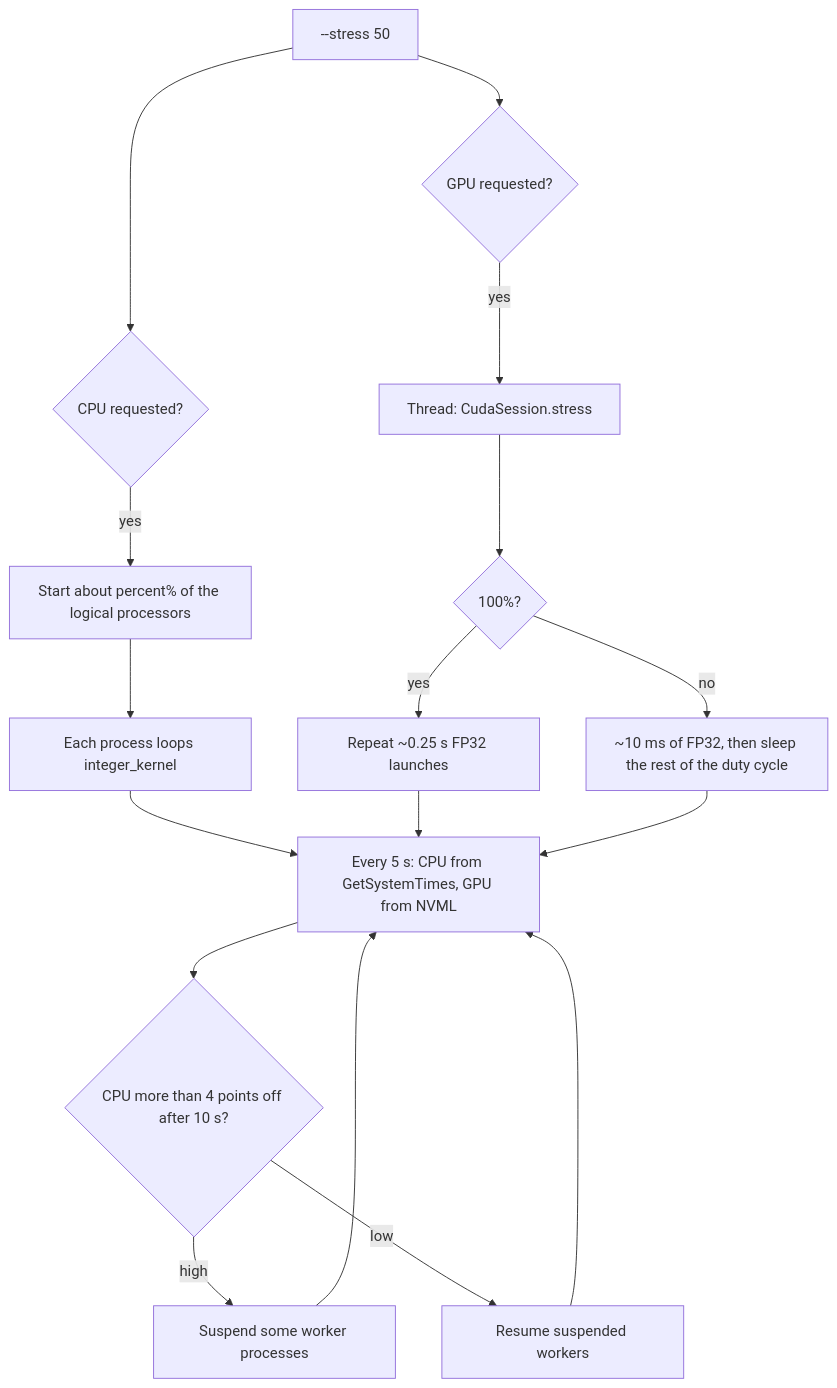
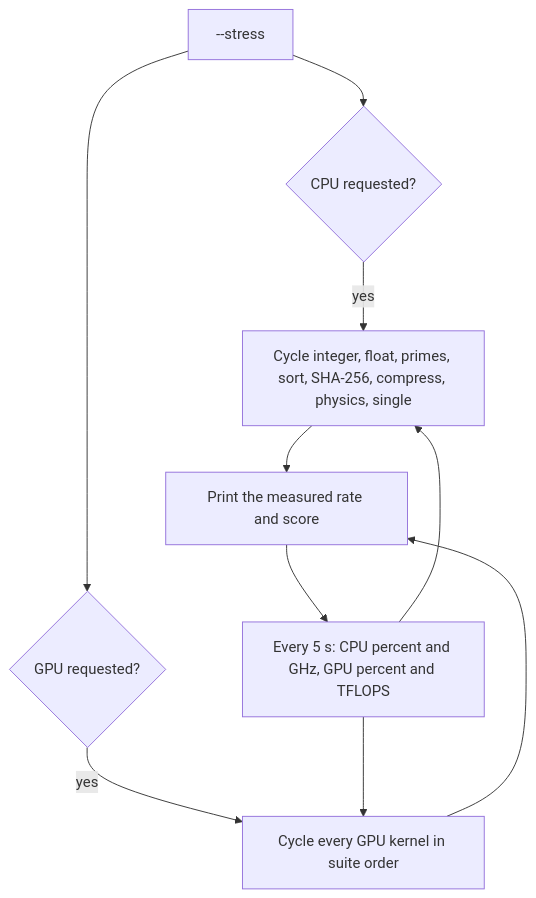
The sixth of 6 diagrams in README.md (MyLabs-LLC/pyformance), drawn with Mermaid before and after one commit. The commit also changed other lines of this file and 3 other files, not shown here.

Commit message:
Show each CPU and GPU test result during stress, plus live compute.

````diff
--- a/README.md
+++ b/README.md
@@ -209,19 +209,12 @@
 ```mermaid
 flowchart TD
-    flag["--stress 50"] --> cpu{"CPU requested?"}
+    flag["--stress"] --> cpu{"CPU requested?"}
     flag --> gpu{"GPU requested?"}
-    cpu -->|yes| cores["Start about percent% of the logical processors"]
-    cores --> burn["Each process loops integer_kernel"]
-    gpu -->|yes| thread["Thread: CudaSession.stress"]
-    thread --> full{"100%?"}
-    full -->|yes| long["Repeat ~0.25 s FP32 launches"]
-    full -->|no| duty["~10 ms of FP32, then sleep the rest of the duty cycle"]
-    burn --> tick["Every 5 s: CPU from GetSystemTimes, GPU from NVML"]
-    long --> tick
-    duty --> tick
-    tick --> trim{"CPU more than 4 points off after 10 s?"}
-    trim -->|high| pause["Suspend some worker processes"]
-    trim -->|low| resume["Resume suspended workers"]
-    pause --> tick
-    resume --> tick
+    cpu -->|yes| cpuLoop["Cycle integer, float, primes, sort, SHA-256, compress, physics, single"]
+    gpu -->|yes| gpuLoop["Cycle every GPU kernel in suite order"]
+    cpuLoop --> printed["Print the measured rate and score"]
+    gpuLoop --> printed
+    printed --> tick["Every 5 s: CPU percent and GHz, GPU percent and TFLOPS"]
+    tick --> cpuLoop
+    tick --> gpuLoop
 ```
````
